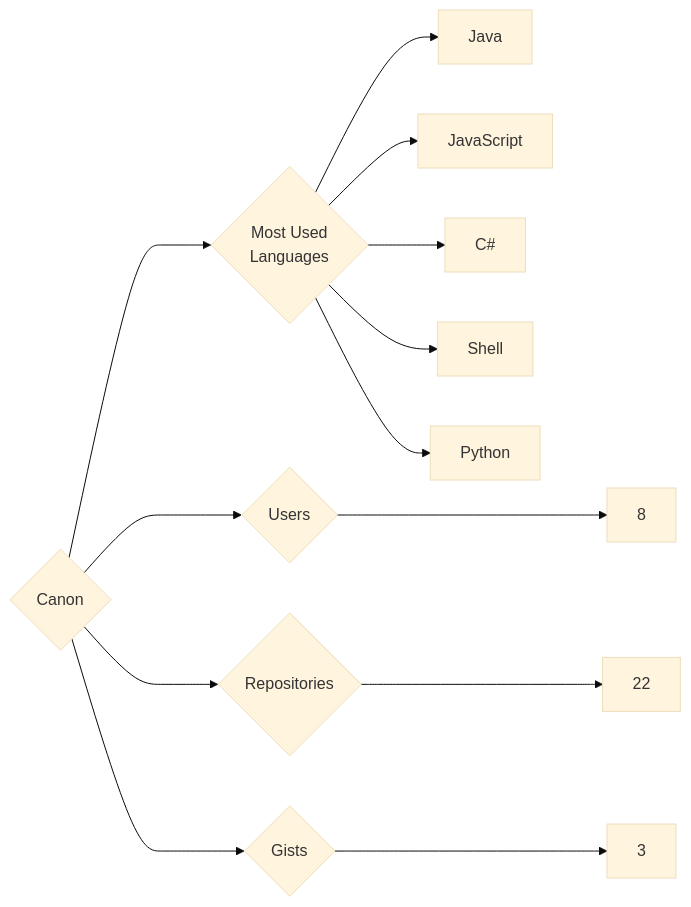
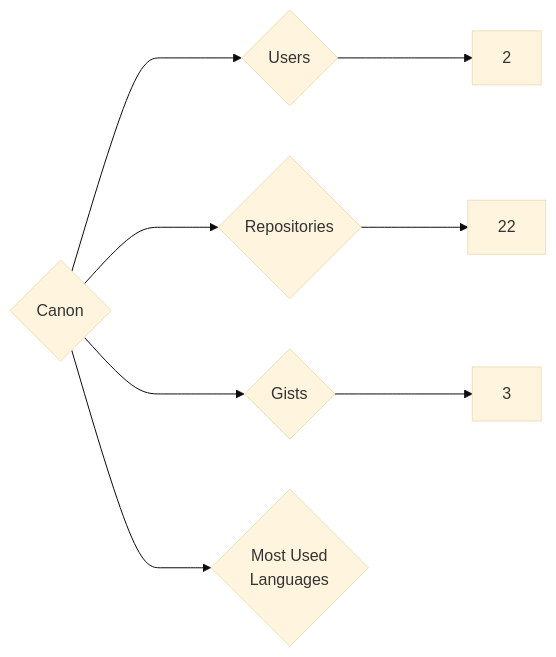
The diagram in targets/Canon/README.md (trickest/insiders), drawn with Mermaid (base theme) before and after one commit. The commit also changed 611 other files, not shown here.

````diff
--- a/targets/Canon/README.md
+++ b/targets/Canon/README.md
@@ -3,13 +3,8 @@
 ```mermaid
 graph LR
 COMPANY_NAME{Canon}
-COMPANY_NAME ---> U{Users} ---> UN[8]
+COMPANY_NAME ---> U{Users} ---> UN[2]
 COMPANY_NAME ---> R{Repositories} ---> RN[22]
 COMPANY_NAME ---> G{Gists} ---> GN[3]
 COMPANY_NAME ---> ML{Most Used<br>Languages}
-ML --> Java[Java]
-ML --> JavaScript[JavaScript]
-ML --> C#[C#]
-ML --> Shell[Shell]
-ML --> Python[Python]
 ```
````
